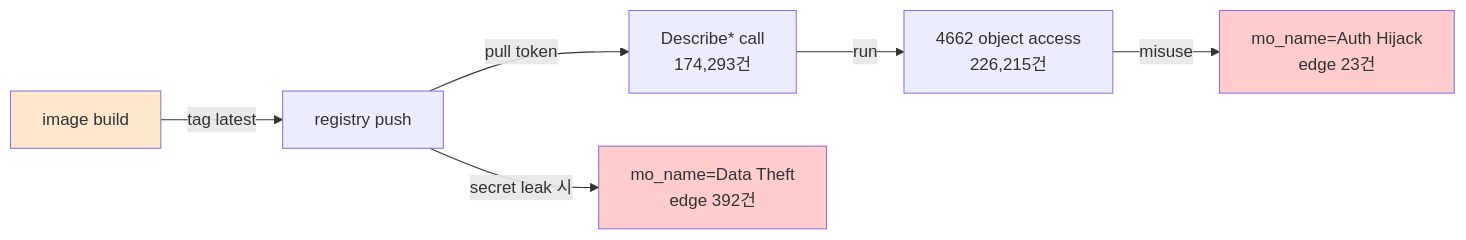
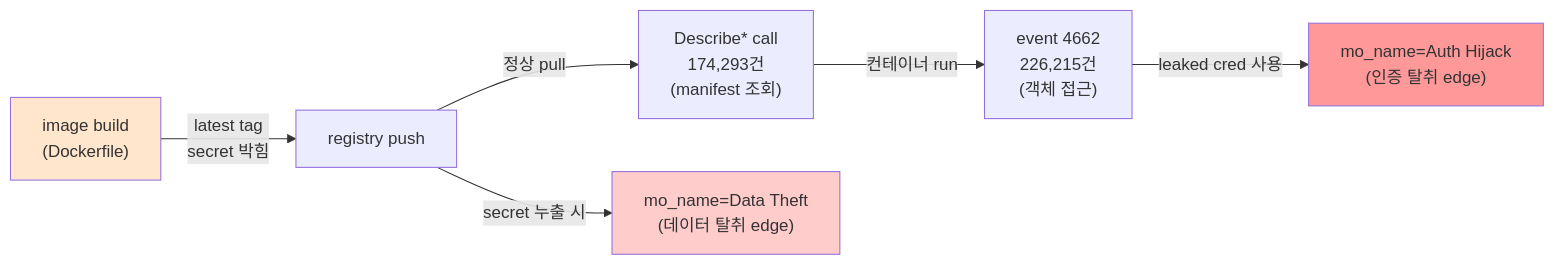
One commit to mrgrit/ccc changed the diagram in contents/education/course6-cloud-container/week03/lecture.md. Above: the diagram before and after it, drawn with Mermaid. The commit also changed other lines of this file and 12 other files, not shown here.

````diff
--- a/contents/education/course6-cloud-container/week03/lecture.md
+++ b/contents/education/course6-cloud-container/week03/lecture.md
@@ -481,12 +485,12 @@
 ```mermaid
 graph LR
-    BUILD[image build] -->|tag latest| PUSH[registry push]
-    PUSH -->|pull token| AR[Describe* call<br/>174,293건]
-    PUSH -->|secret leak 시| DT[mo_name=Data Theft<br/>edge 392건]
-    AR -->|run| OBJ[4662 object access<br/>226,215건]
-    OBJ -->|misuse| HIJ[mo_name=Auth Hijack<br/>edge 23건]
+    BUILD["image build<br/>(Dockerfile)"] -->|latest tag<br/>secret 박힘| PUSH[registry push]
+    PUSH -->|정상 pull| AR["Describe* call<br/>174,293건<br/>(manifest 조회)"]
+    PUSH -->|secret 누출 시| DT["mo_name=Data Theft<br/>(데이터 탈취 edge)"]
+    AR -->|컨테이너 run| OBJ["event 4662<br/>226,215건<br/>(객체 접근)"]
+    OBJ -->|leaked cred 사용| HIJ["mo_name=Auth Hijack<br/>(인증 탈취 edge)"]
 
     style BUILD fill:#ffe6cc
     style DT fill:#ffcccc
-    style HIJ fill:#ffcccc
+    style HIJ fill:#ff9999
 ```
````
